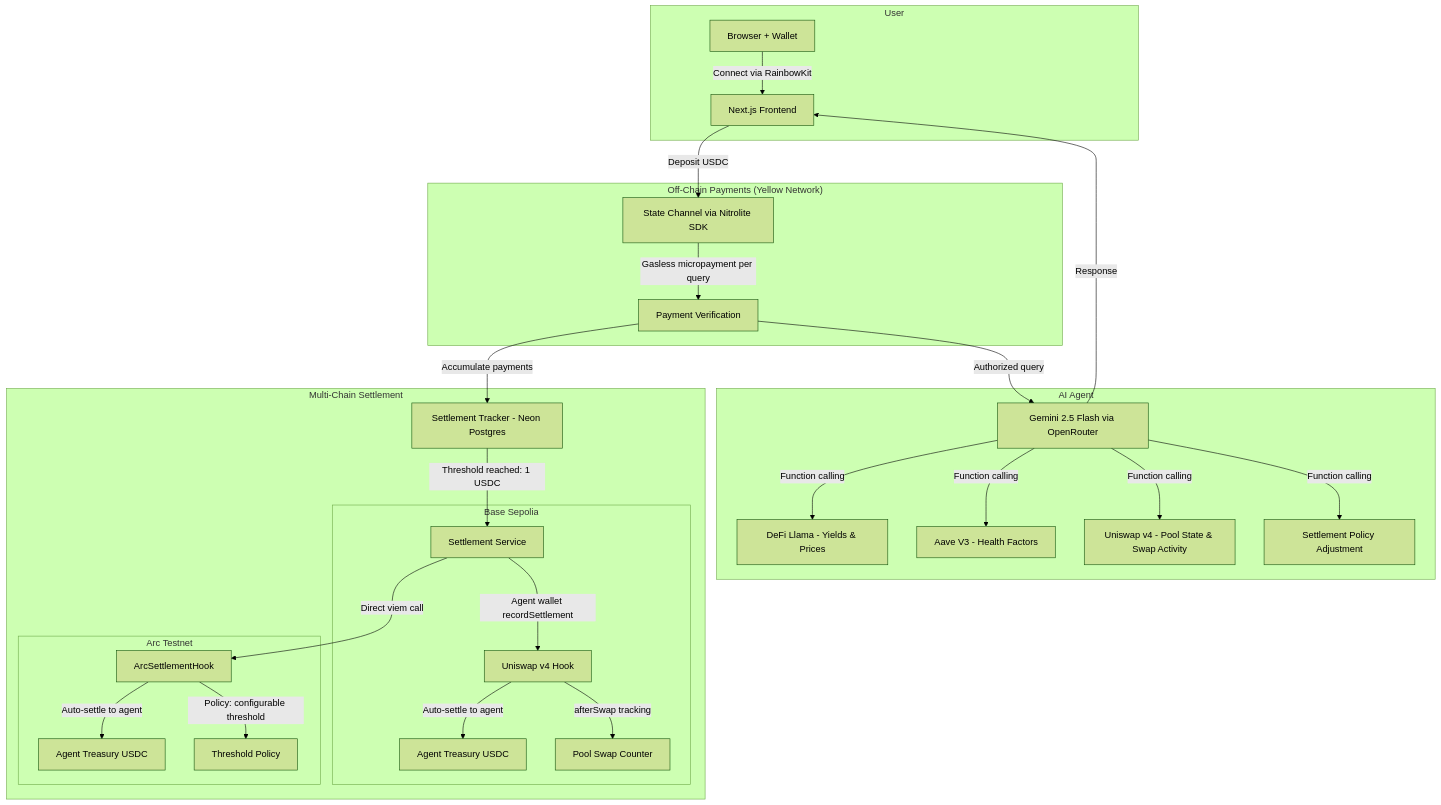
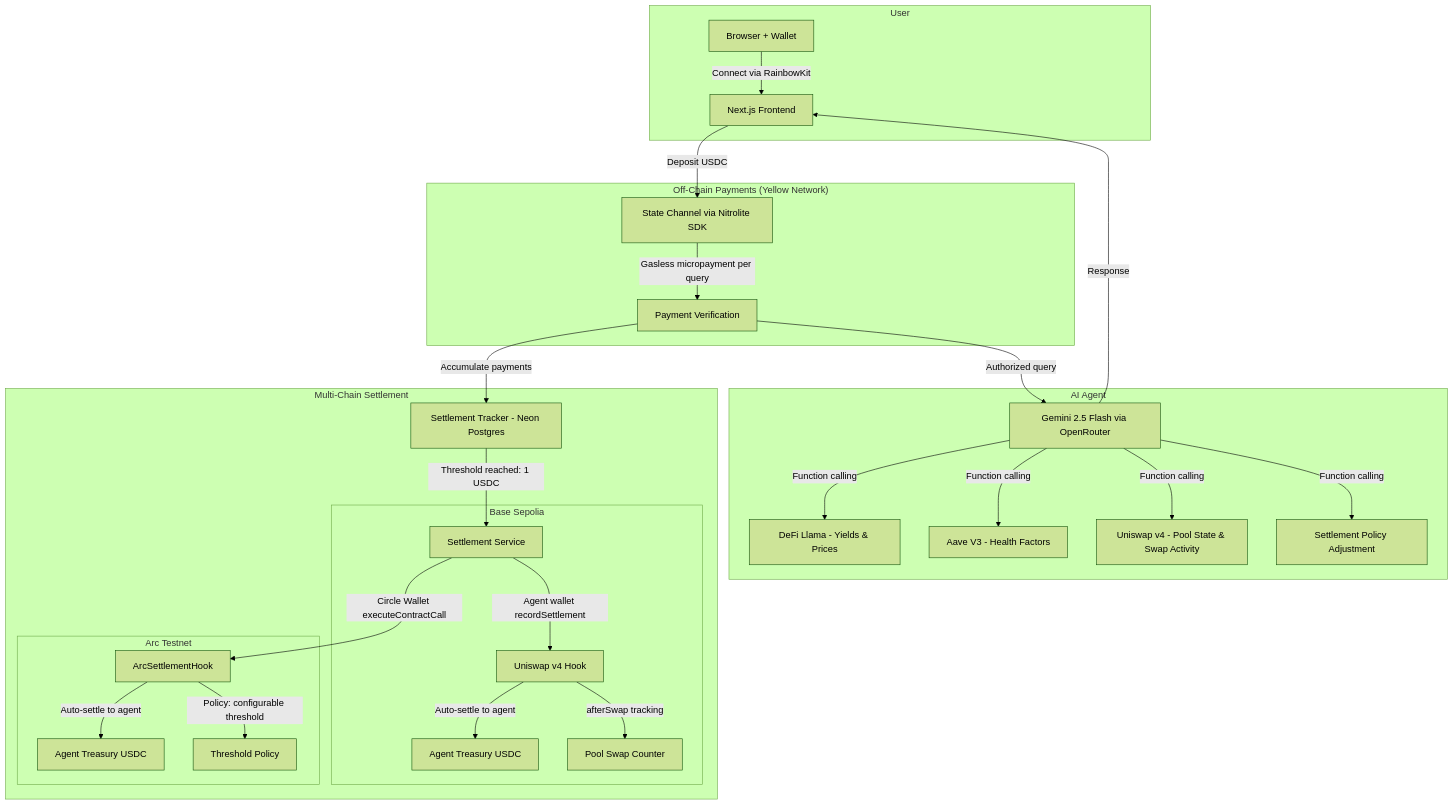
Before and after one commit to kshitij-hash/QueryFi: the diagram in README.md, drawn with Mermaid (forest theme). The commit also changed other lines of this file and 16 other files, not shown here.

Commit message:
feat: add multi-chain Arc settlement via Circle Wallets and improve agent tooling

````diff
--- a/README.md
+++ b/README.md
@@ -27,37 +27,37 @@
 ```mermaid
 graph TB
     subgraph User
         A[Browser + Wallet] -->|Connect via RainbowKit| B[Next.js Frontend]
     end
 
     subgraph "Off-Chain Payments (Yellow Network)"
         B -->|Deposit USDC| C[State Channel via Nitrolite SDK]
         C -->|Gasless micropayment per query| D[Payment Verification]
     end
 
     subgraph "AI Agent"
         D -->|Authorized query| E[Gemini 2.5 Flash via OpenRouter]
         E -->|Function calling| F[DeFi Llama - Yields & Prices]
         E -->|Function calling| G[Aave V3 - Health Factors]
         E -->|Function calling| H[Uniswap v4 - Pool State & Swap Activity]
         E -->|Function calling| H2[Settlement Policy Adjustment]
         E -->|Response| B
     end
 
     subgraph "Multi-Chain Settlement"
         D -->|Accumulate payments| I[Settlement Tracker - Neon Postgres]
         I -->|Threshold reached: 1 USDC| J[Settlement Service]
 
         subgraph "Base Sepolia"
             J -->|Agent wallet recordSettlement| K[Uniswap v4 Hook]
             K -->|Auto-settle to agent| L[Agent Treasury USDC]
             K -->|afterSwap tracking| M[Pool Swap Counter]
         end
 
         subgraph "Arc Testnet"
-            J -->|Direct viem call| N[ArcSettlementHook]
+            J -->|Circle Wallet executeContractCall| N[ArcSettlementHook]
             N -->|Auto-settle to agent| O[Agent Treasury USDC]
             N -->|Policy: configurable threshold| P[Threshold Policy]
         end
     end
 ```
````
